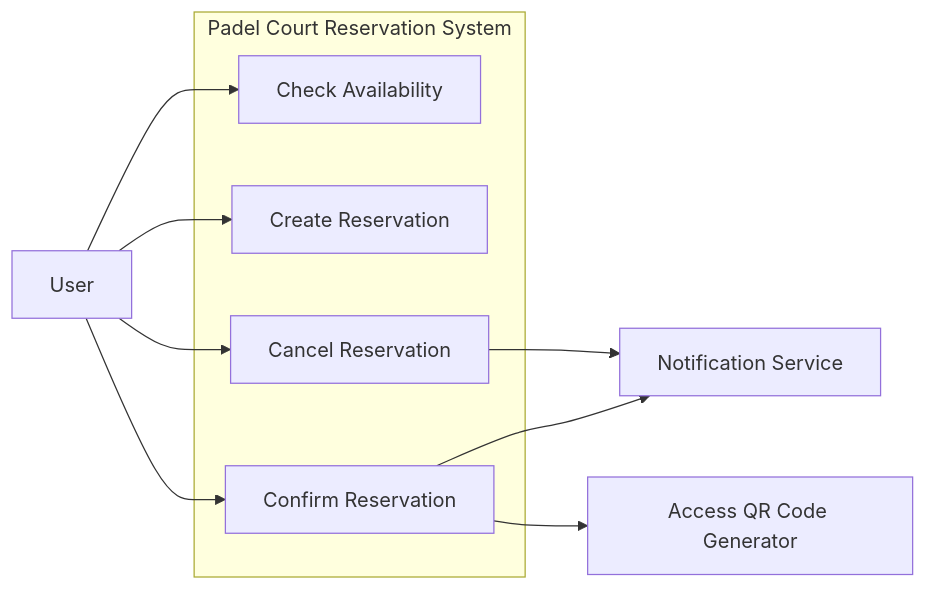
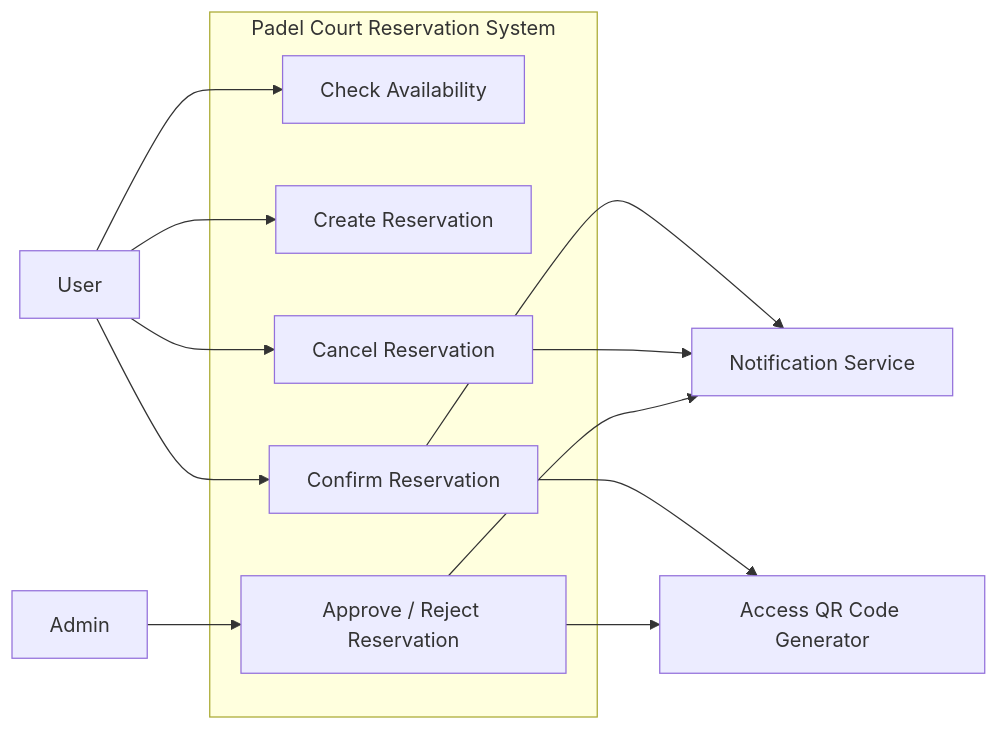
Before and after one commit to bad-account/reservation_system: the first of 4 diagrams in docs/c02-diagrams.md, drawn with Mermaid. The commit also changed other lines of this file, not shown here.

Commit message:
Update c02-diagrams after C02 change.md

````diff
--- a/docs/c02-diagrams.md
+++ b/docs/c02-diagrams.md
@@ -2,22 +2,28 @@
 ```mermaid
 flowchart LR
     subgraph SystemBoundary ["Padel Court Reservation System"]
         UC1[Check Availability]
         UC2[Create Reservation]
         UC3[Confirm Reservation]
         UC4[Cancel Reservation]
+        UC5[Approve / Reject Reservation]
     end
 
     User[User]
+    Admin[Admin]
     NotificationService[Notification Service]
     QRCodeGenerator[Access QR Code Generator]
 
     User --> UC1
     User --> UC2
     User --> UC3
     User --> UC4
 
+    Admin --> UC5
+
     UC3 --> NotificationService
     UC3 --> QRCodeGenerator
     UC4 --> NotificationService
+    UC5 --> NotificationService
+    UC5 --> QRCodeGenerator
 ```
````
